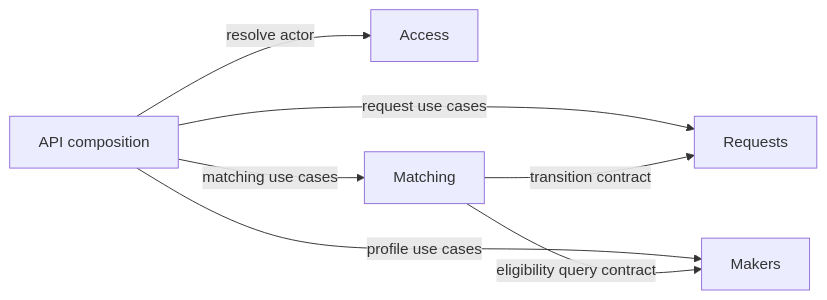
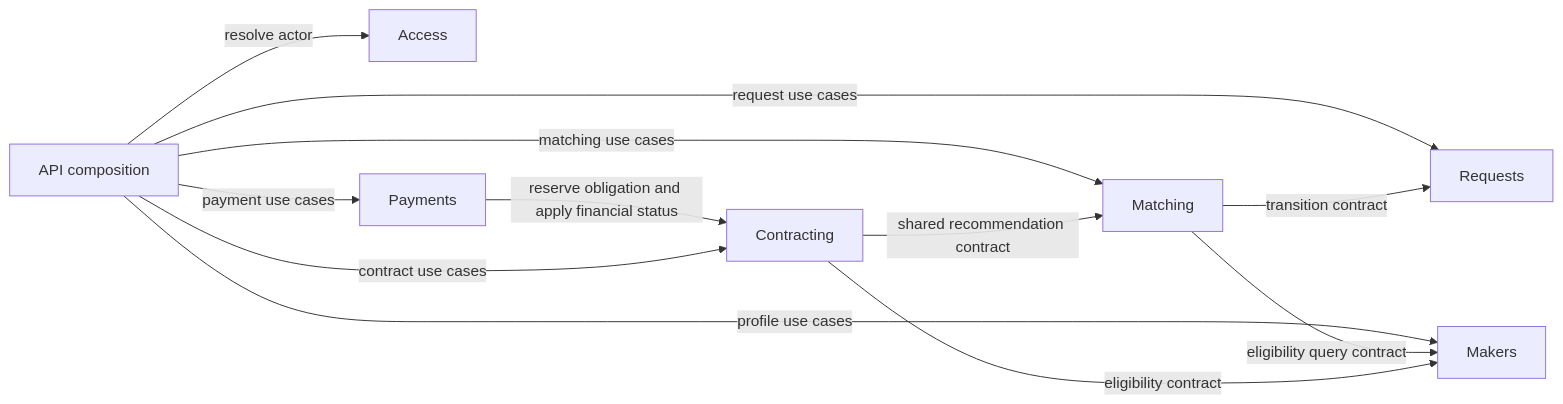
One commit to SnakeGuitar/furrify changed the third of 5 diagrams in docs/architecture/overview.es.md. Above: the diagram before and after it, drawn with Mermaid. The commit also changed other lines of this file and 27 other files, not shown here.

````diff
--- a/docs/architecture/overview.es.md
+++ b/docs/architecture/overview.es.md
@@ -45,9 +48,14 @@
 ```mermaid
 flowchart LR
  API[API composition] -->|resolve actor| Access
  API -->|request use cases| Requests
  API -->|matching use cases| Matching
  API -->|profile use cases| Makers
  Matching -->|eligibility query contract| Makers
  Matching -->|transition contract| Requests
+ Contracting -->|shared recommendation contract| Matching
+ Contracting -->|eligibility contract| Makers
+ Payments -->|reserve obligation and apply financial status| Contracting
+ API -->|contract use cases| Contracting
+ API -->|payment use cases| Payments
 ```
````
